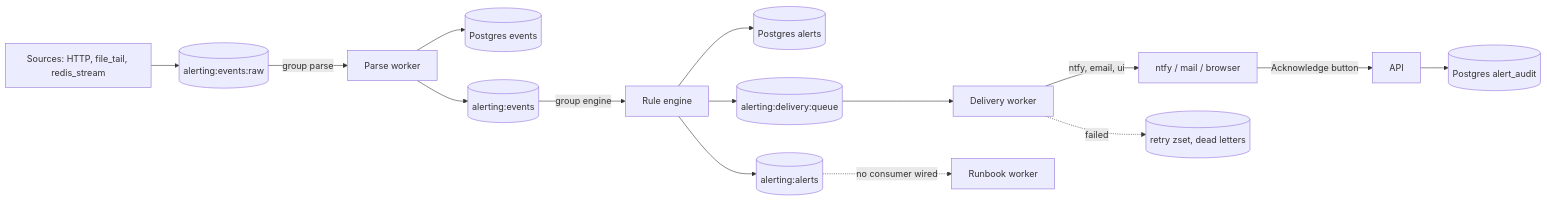
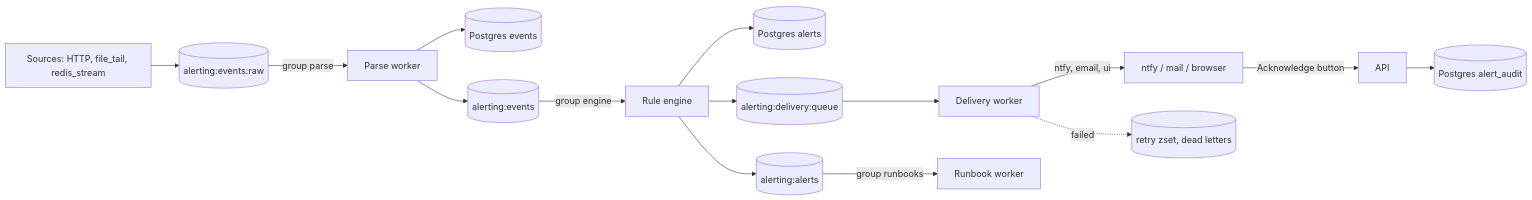
Before and after one commit to orowicki/gs-hackathon: the diagram in docs/architecture.md, drawn with Mermaid. The commit also changed other lines of this file, not shown here.

First line of the commit message:
docs(#178): architecture covers notification grouping and runbook if/retries/remove/restore

````diff
--- a/docs/architecture.md
+++ b/docs/architecture.md
@@ -9,17 +9,17 @@
 ```mermaid
 flowchart LR
   src[Sources: HTTP, file_tail, redis_stream] --> raw[(alerting:events:raw)]
   raw -->|group parse| parse[Parse worker]
   parse --> pgev[(Postgres events)]
   parse --> ev[(alerting:events)]
   ev -->|group engine| eng[Rule engine]
   eng --> pgal[(Postgres alerts)]
   eng --> dq[(alerting:delivery:queue)]
   eng --> al[(alerting:alerts)]
   dq --> dw[Delivery worker]
   dw -->|ntfy, email, ui| out[ntfy / mail / browser]
   dw -.failed.-> retry[(retry zset, dead letters)]
   out -->|Acknowledge button| api[API]
   api --> pgaud[(Postgres alert_audit)]
-  al -.no consumer wired.-> rb[Runbook worker]
+  al -->|group runbooks| rb[Runbook worker]
 ```
````
